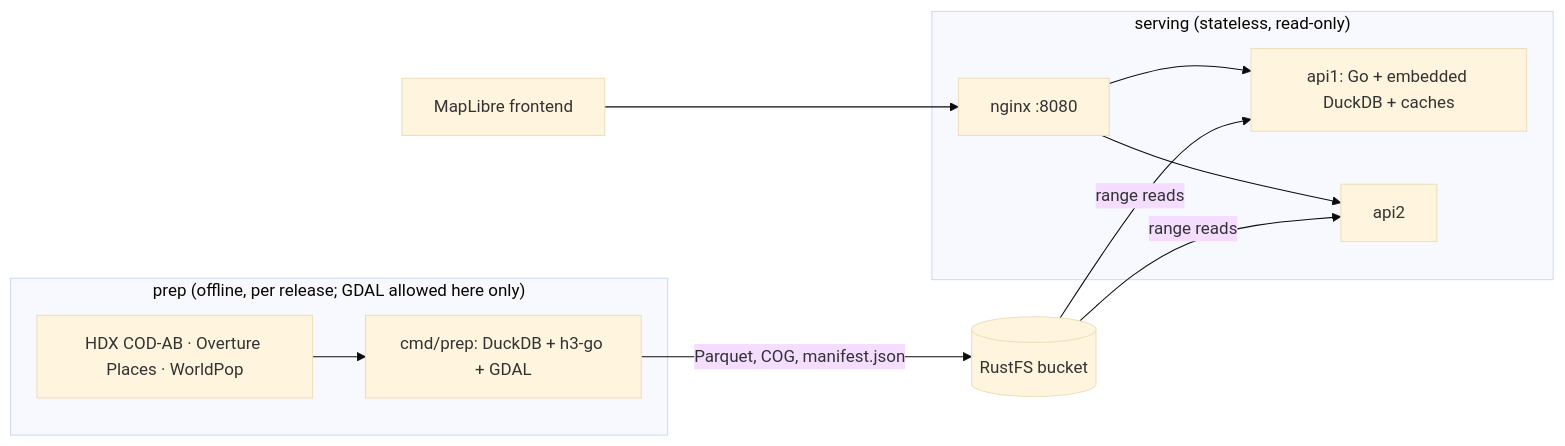
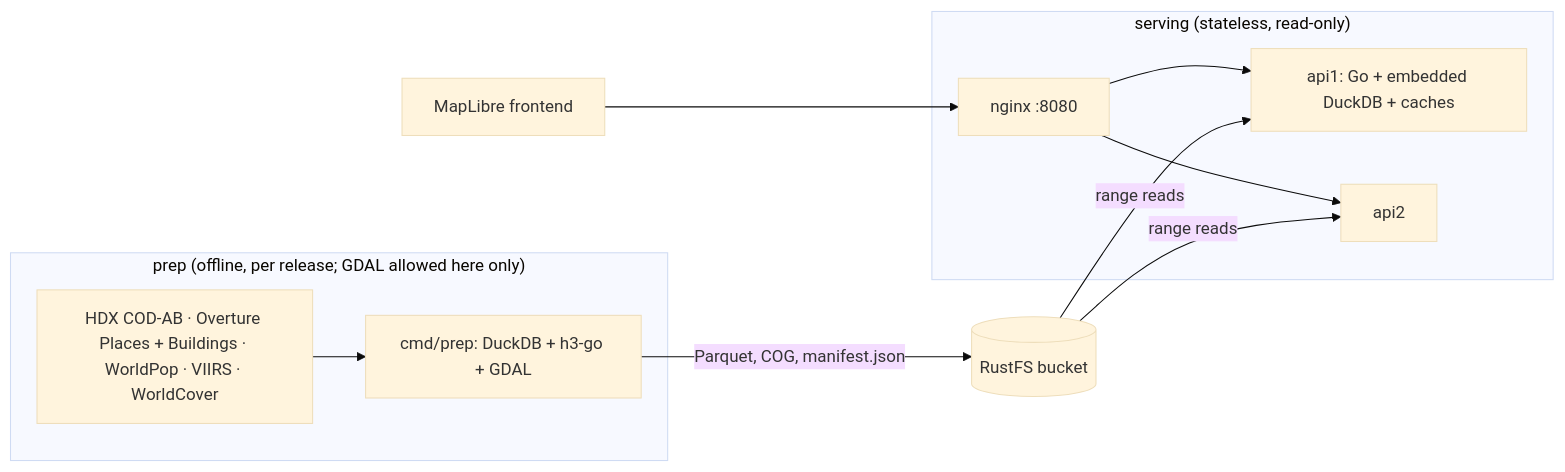
The diagram in README.md (azbyluthfan/on-demand-zonal-stats), drawn with Mermaid (base theme) before and after one commit. The commit also changed other lines of this file and 56 other files, not shown here.

````diff
--- a/README.md
+++ b/README.md
@@ -75,14 +76,14 @@
 ```mermaid
 flowchart LR
   subgraph Prep["prep (offline, per release; GDAL allowed here only)"]
-    SRC[HDX COD-AB · Overture Places · WorldPop] --> PREP[cmd/prep: DuckDB + h3-go + GDAL]
+    SRC[HDX COD-AB · Overture Places + Buildings · WorldPop · VIIRS · WorldCover] --> PREP[cmd/prep: DuckDB + h3-go + GDAL]
   end
   PREP -->|Parquet, COG, manifest.json| S3[(RustFS bucket)]
   subgraph Serve["serving (stateless, read-only)"]
     LB[nginx :8080] --> API1[api1: Go + embedded DuckDB + caches]
     LB --> API2[api2]
   end
   S3 -->|range reads| API1
   S3 -->|range reads| API2
   UI[MapLibre frontend] --> LB
 ```
````
